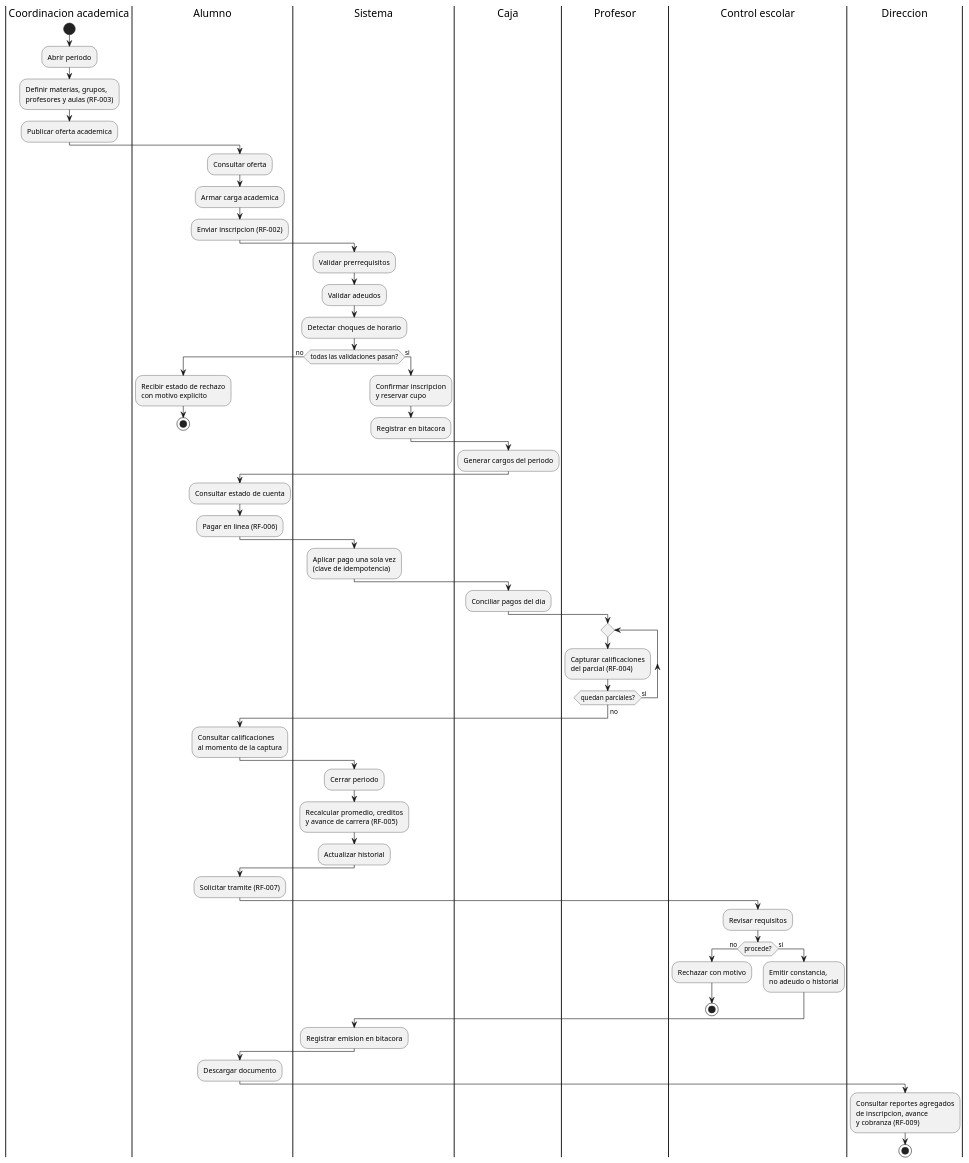
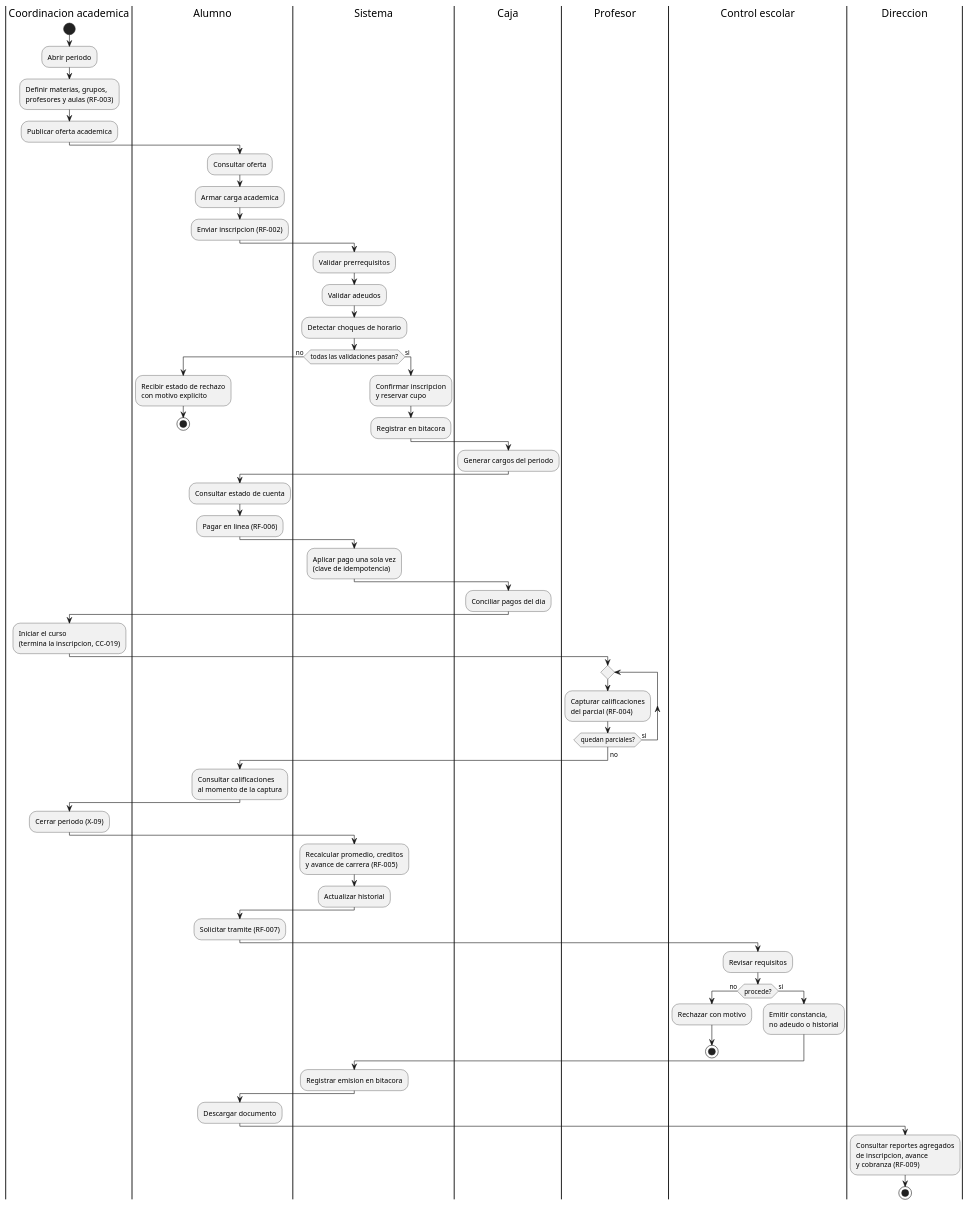
Before and after one commit to fjmp-dev/sce-control-escolar: the diagram in docs/arquitectura/fig07-actividad-semestre.puml, drawn with PlantUML. The commit also changed 34 other files, not shown here.

```diff
--- a/docs/arquitectura/fig07-actividad-semestre.puml
+++ b/docs/arquitectura/fig07-actividad-semestre.puml
@@ -1,92 +1,98 @@
 @startuml fig07-actividad-semestre
 ' Figura 7. Diagrama de actividad UML: ciclo del semestre en el SCE.
 ' Fuente: SCE-MC-001 v2.0, seccion 13.5.
 ' Calles por responsable, desde la apertura del periodo hasta la emision
 ' de constancias.
 skinparam shadowing false
 
 |Coordinacion academica|
 start
 :Abrir periodo;
 :Definir materias, grupos,
 profesores y aulas (RF-003);
 :Publicar oferta academica;
 
 |Alumno|
 :Consultar oferta;
 :Armar carga academica;
 :Enviar inscripcion (RF-002);
 
 |Sistema|
 :Validar prerrequisitos;
 :Validar adeudos;
 :Detectar choques de horario;
 if (todas las validaciones pasan?) then (no)
   |Alumno|
   :Recibir estado de rechazo
   con motivo explicito;
   stop
 else (si)
   |Sistema|
   :Confirmar inscripcion
   y reservar cupo;
   :Registrar en bitacora;
 endif
 
 |Caja|
 :Generar cargos del periodo;
 
 |Alumno|
 :Consultar estado de cuenta;
 :Pagar en linea (RF-006);
 
 |Sistema|
 :Aplicar pago una sola vez
 (clave de idempotencia);
 
 |Caja|
 :Conciliar pagos del dia;
 
+|Coordinacion academica|
+:Iniciar el curso
+(termina la inscripcion, CC-019);
+
 |Profesor|
 repeat
   :Capturar calificaciones
   del parcial (RF-004);
 repeat while (quedan parciales?) is (si)
 ->no;
 
 |Alumno|
 :Consultar calificaciones
 al momento de la captura;
 
+|Coordinacion academica|
+:Cerrar periodo (X-09);
+
 |Sistema|
-:Cerrar periodo;
 :Recalcular promedio, creditos
 y avance de carrera (RF-005);
 :Actualizar historial;
 
 |Alumno|
 :Solicitar tramite (RF-007);
 
 |Control escolar|
 :Revisar requisitos;
 if (procede?) then (no)
   :Rechazar con motivo;
   stop
 else (si)
   :Emitir constancia,
   no adeudo o historial;
 endif
 
 |Sistema|
 :Registrar emision en bitacora;
 
 |Alumno|
 :Descargar documento;
 
 |Direccion|
 :Consultar reportes agregados
 de inscripcion, avance
 y cobranza (RF-009);
 stop
 
 @enduml
```
